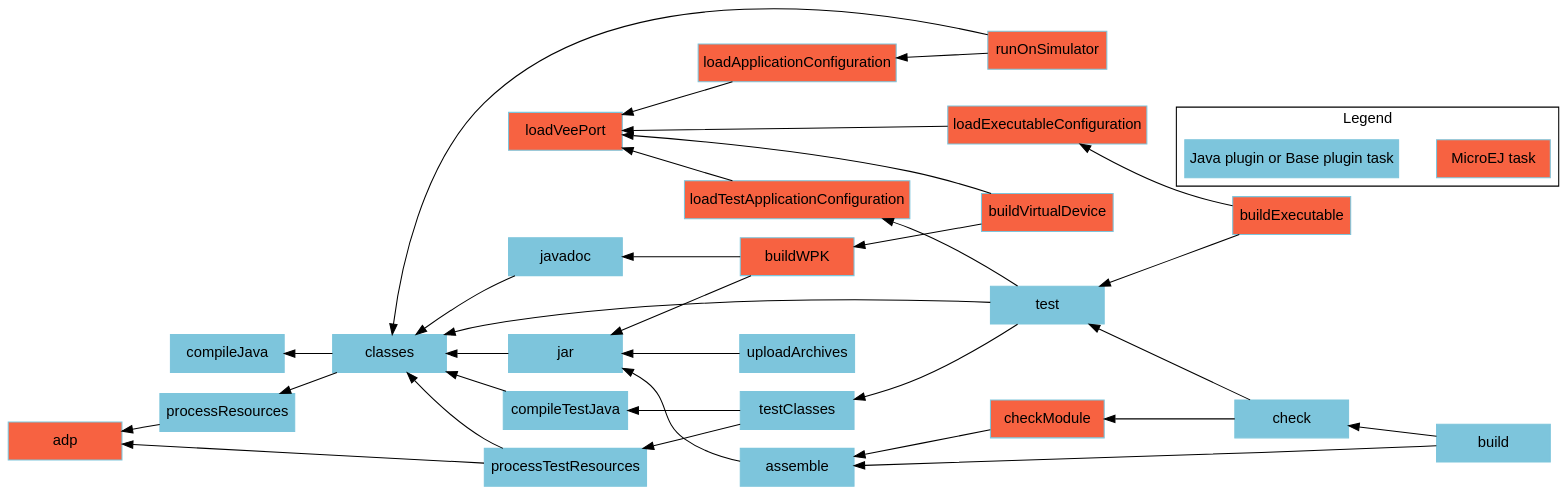
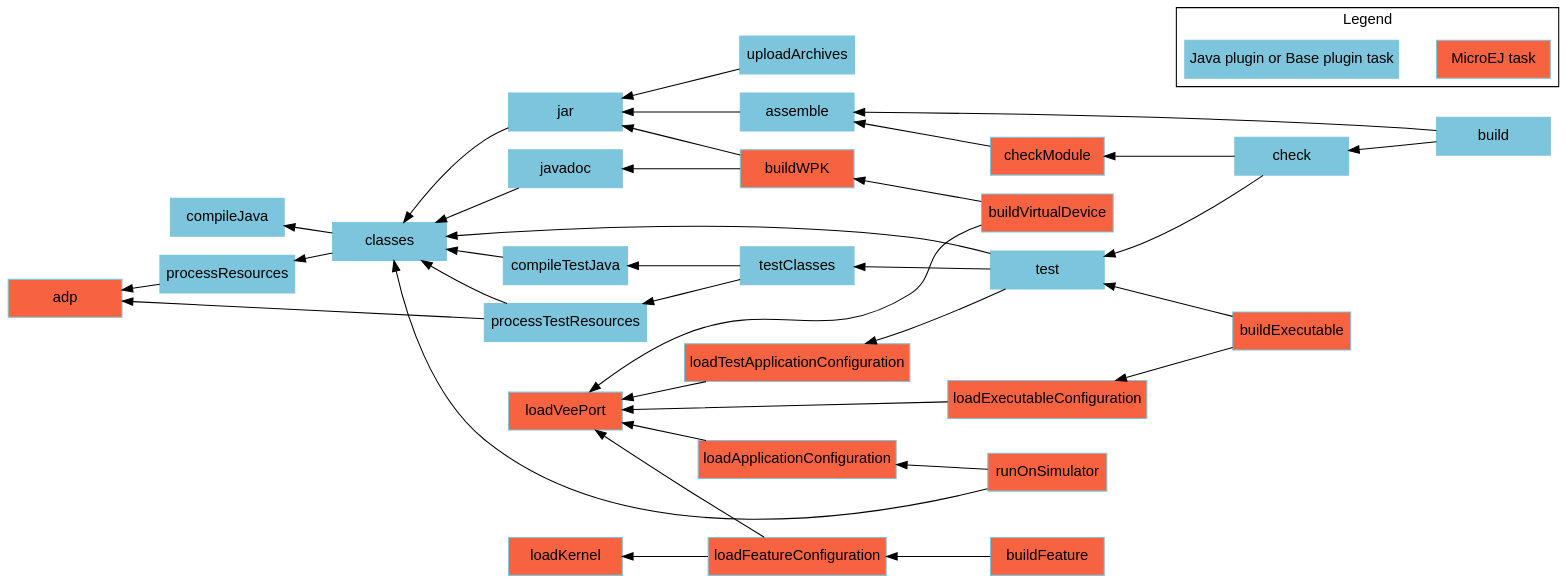
The diagram in SDK6UserGuide/graphApplicationModule.dot (MicroEJ/docs), drawn with Graphviz before and after one commit. The commit also changed 10 other files, not shown here.

Commit message:
document the buildFeature task

```diff
--- a/SDK6UserGuide/graphApplicationModule.dot
+++ b/SDK6UserGuide/graphApplicationModule.dot
@@ -1,62 +1,68 @@
 digraph mygraph {
     rankdir="RL";
     bgcolor="transparent"
     fontname="Helvetica,Arial,sans-serif"
     node [
         shape = box
         width = 1.5
         color = "#7dc5dc"
         style = filled
         fontname="Helvetica,Arial,sans-serif"
     ]
     edge [fontname="Helvetica,Arial,sans-serif"]
     "adp" [fillcolor = "#f76241"]
     "checkModule" [fillcolor = "#f76241"]
+    "loadKernel" [fillcolor = "#f76241"]
     "loadVeePort" [fillcolor = "#f76241"]
     "loadApplicationConfiguration" [fillcolor = "#f76241"]
     "loadExecutableConfiguration" [fillcolor = "#f76241"] 
+    "loadFeatureConfiguration" [fillcolor = "#f76241"]
     "loadTestApplicationConfiguration" [fillcolor = "#f76241"]
     "runOnSimulator" [fillcolor = "#f76241"]
     "buildWPK" [fillcolor = "#f76241"]
     "buildExecutable" [fillcolor = "#f76241"]
     "buildVirtualDevice" [fillcolor = "#f76241"]
+    "buildFeature" [fillcolor = "#f76241"]
     "build" -> "check"
     "check" -> "test"
     "test" -> "classes"
     "test" -> "testClasses"
     "test" -> "loadTestApplicationConfiguration"
     "testClasses" -> "compileTestJava"
     "testClasses" -> "processTestResources"
     "loadTestApplicationConfiguration" -> "loadVeePort"
     "processResources" -> "adp"
     "processTestResources" -> "adp"
     "processTestResources" -> "classes"
     "compileTestJava" -> "classes"
     "javadoc" -> "classes"
     "classes" -> "compileJava"
     "classes" -> "processResources"
     "build" -> "assemble"
     "assemble" -> "jar"
     "uploadArchives" -> "jar"
     "jar" -> "classes"
     "runOnSimulator" -> "classes"
     "runOnSimulator" -> "loadApplicationConfiguration"
     "loadApplicationConfiguration" -> "loadVeePort"
     "checkModule" -> "assemble"
     "check" -> "checkModule"
     "buildWPK" -> "jar"
     "buildWPK" -> "javadoc"
     "buildExecutable" -> "test"
     "buildExecutable" -> "loadExecutableConfiguration"
     "loadExecutableConfiguration" -> "loadVeePort"
     "buildVirtualDevice" -> "loadVeePort"
     "buildVirtualDevice" -> "buildWPK"
+    "buildFeature" -> "loadFeatureConfiguration"
+    "loadFeatureConfiguration" -> "loadKernel"
+    "loadFeatureConfiguration" -> "loadVeePort"
 
     subgraph cluster_legend {
         label="Legend";
         microej [fillcolor="#f76241" label="MicroEJ task"];
         java [fillcolor="#7dc5dc" label="Java plugin or Base plugin task"];
         microej -> java [style=invis];
         java -> microej [style=invis];
     }
 }
```
